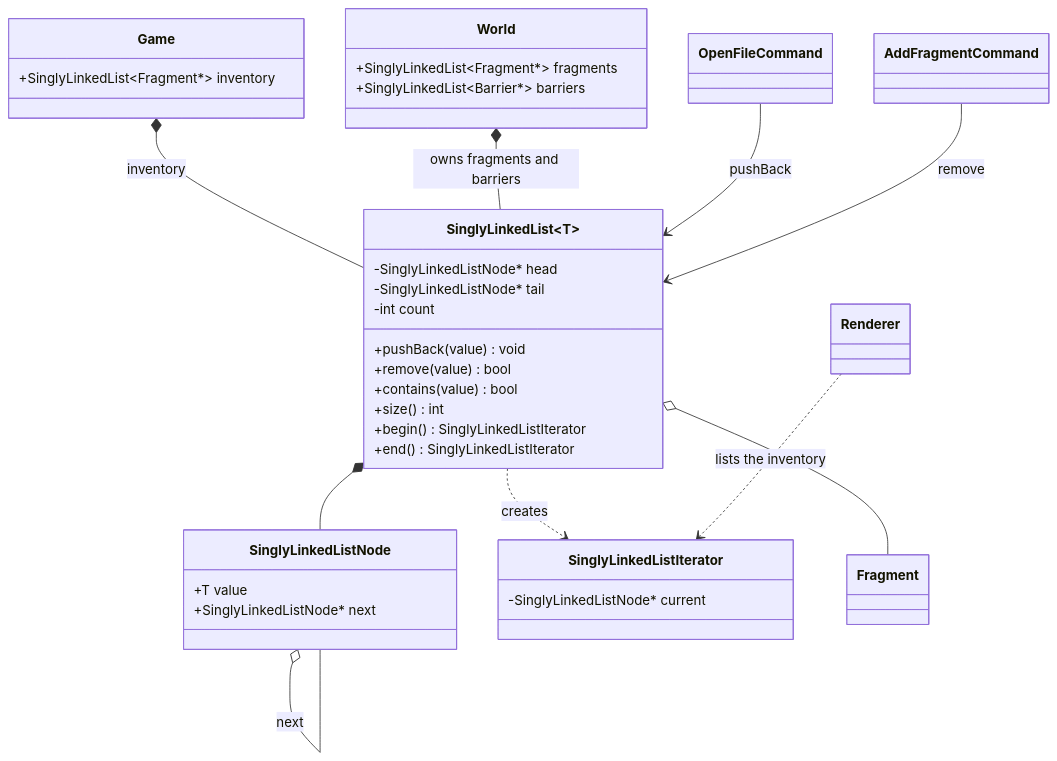
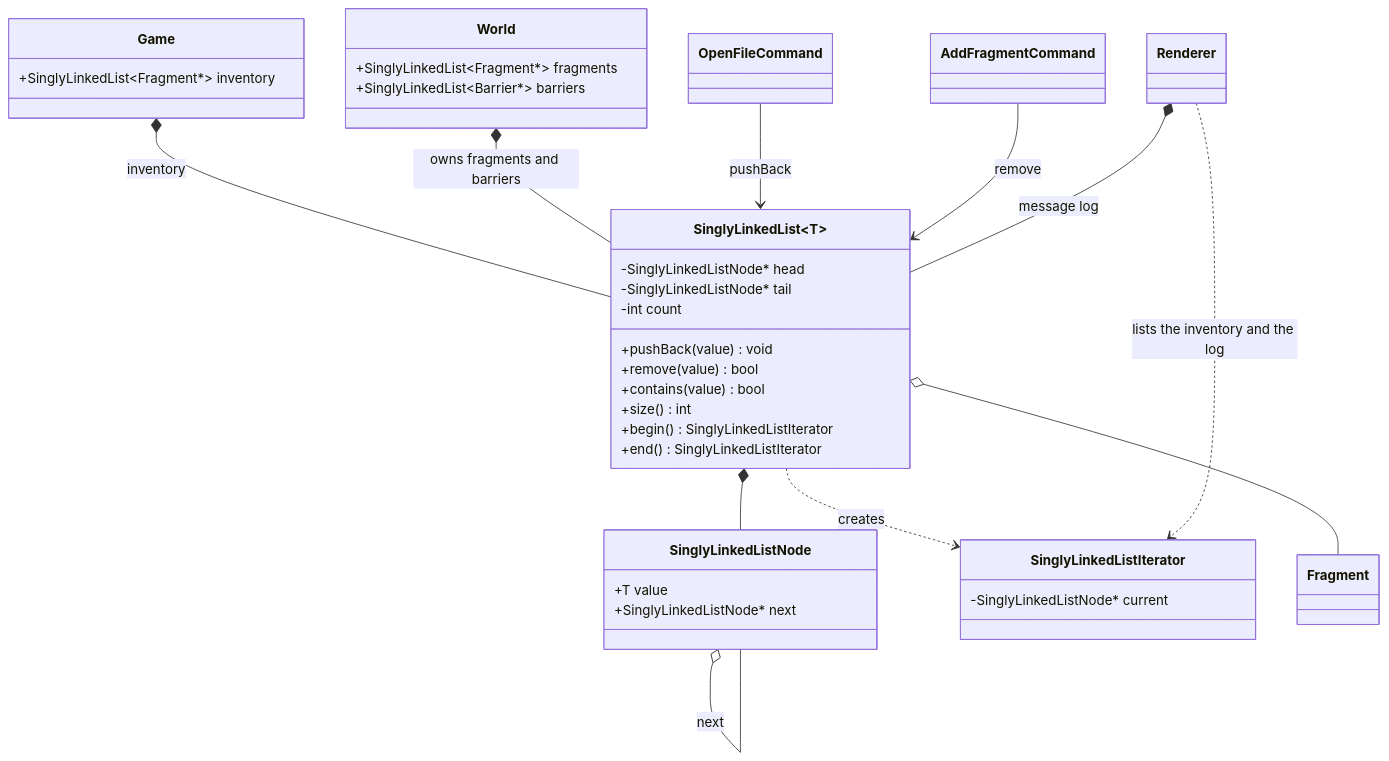
The fifth of 11 diagrams in docs/class_diagram.md (Lawrensu/Deviant), drawn with Mermaid before and after one commit. The commit also changed other lines of this file and 11 other files, not shown here.

Commit message:
Phase 5: ASCII converter, Renderer, window loop, voice lines, docs and asset list updated

````diff
--- a/docs/class_diagram.md
+++ b/docs/class_diagram.md
@@ -208,42 +208,43 @@
 ```mermaid
 classDiagram
     class SinglyLinkedList~T~ {
         -SinglyLinkedListNode* head
         -SinglyLinkedListNode* tail
         -int count
         +pushBack(value) void
         +remove(value) bool
         +contains(value) bool
         +size() int
         +begin() SinglyLinkedListIterator
         +end() SinglyLinkedListIterator
     }
     class SinglyLinkedListNode {
         +T value
         +SinglyLinkedListNode* next
     }
     class SinglyLinkedListIterator {
         -SinglyLinkedListNode* current
     }
     class Game {
         +SinglyLinkedList~Fragment*~ inventory
     }
     class World {
         +SinglyLinkedList~Fragment*~ fragments
         +SinglyLinkedList~Barrier*~ barriers
     }
     class OpenFileCommand
     class AddFragmentCommand
     class Renderer
     class Fragment
 
     SinglyLinkedList *-- SinglyLinkedListNode
     SinglyLinkedListNode o-- SinglyLinkedListNode : next
     SinglyLinkedList ..> SinglyLinkedListIterator : creates
     Game *-- SinglyLinkedList : inventory
     World *-- SinglyLinkedList : owns fragments and barriers
     SinglyLinkedList o-- Fragment
     OpenFileCommand --> SinglyLinkedList : pushBack
     AddFragmentCommand --> SinglyLinkedList : remove
-    Renderer ..> SinglyLinkedListIterator : lists the inventory
+    Renderer ..> SinglyLinkedListIterator : lists the inventory and the log
+    Renderer *-- SinglyLinkedList : message log
 ```
````
